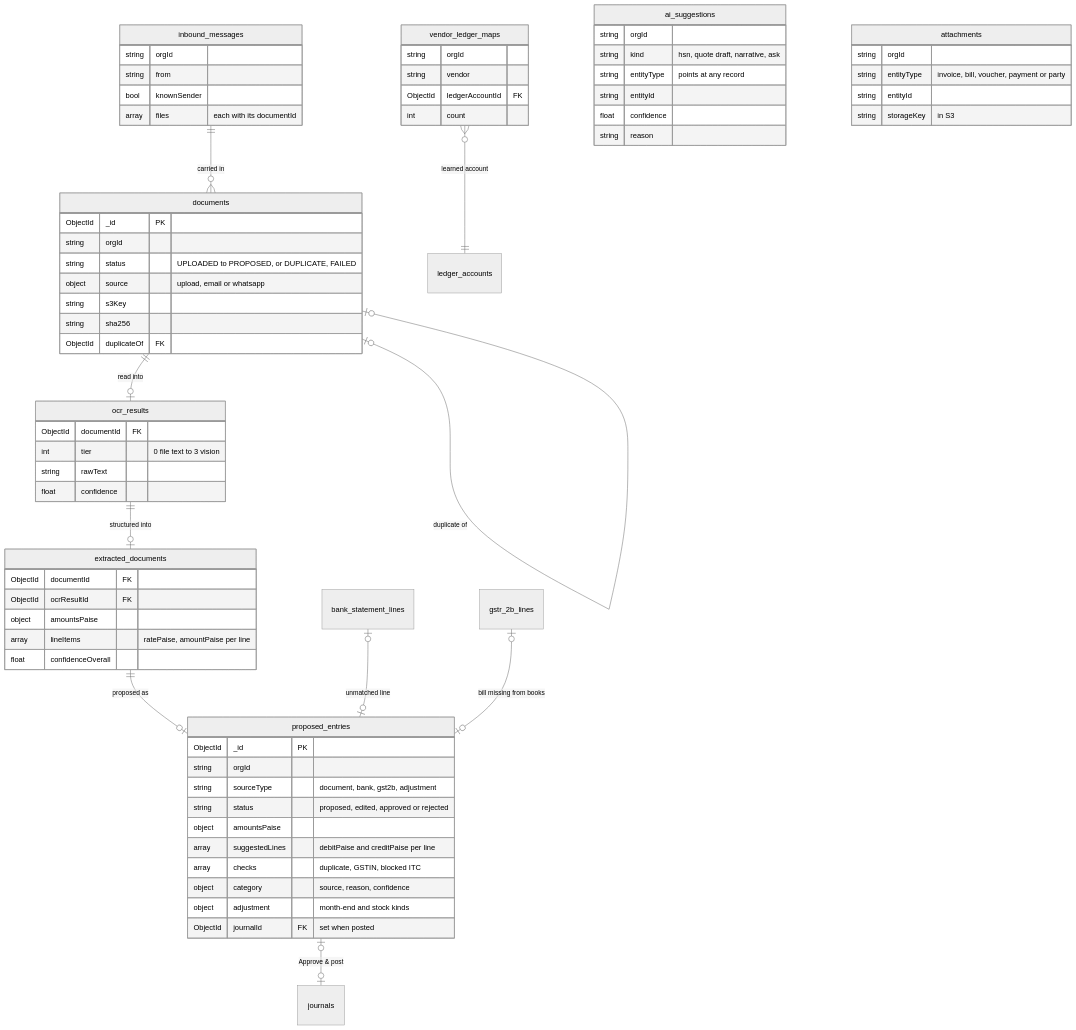
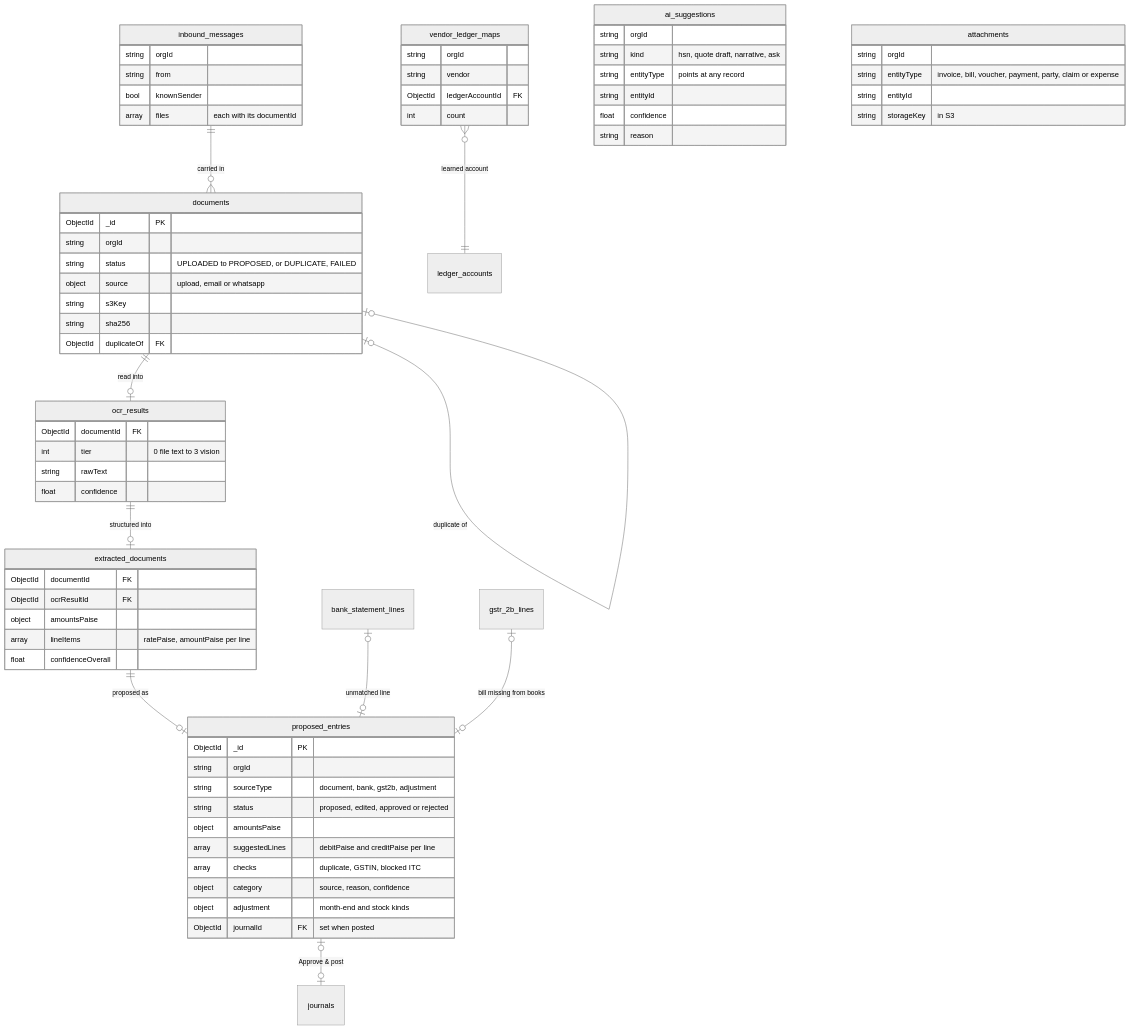
The fifth of 13 diagrams in docs/diagrams/ARCHITECTURE_DIAGRAMS.md (onewebmart/AccountingAI), drawn with Mermaid (neutral theme) before and after one commit. The commit also changed other lines of this file and 2 other files, not shown here.

First line of the commit message:
docs: the user guide, README and diagrams follow the new navigation and pages

````diff
--- a/docs/diagrams/ARCHITECTURE_DIAGRAMS.md
+++ b/docs/diagrams/ARCHITECTURE_DIAGRAMS.md
@@ -433,74 +433,74 @@
 ```mermaid
 erDiagram
   %% Invariant 4: AI output lands in proposed_entries or ai_suggestions, never in journals.
   inbound_messages ||--o{ documents : "carried in"
   documents |o--o| documents : "duplicate of"
   documents ||--o| ocr_results : "read into"
   ocr_results ||--o| extracted_documents : "structured into"
   extracted_documents ||--o| proposed_entries : "proposed as"
   bank_statement_lines |o--o| proposed_entries : "unmatched line"
   gstr_2b_lines |o--o| proposed_entries : "bill missing from books"
   proposed_entries |o--o| journals : "Approve & post"
   vendor_ledger_maps }o--|| ledger_accounts : "learned account"
 
   documents {
     ObjectId _id PK
     string orgId
     string status "UPLOADED to PROPOSED, or DUPLICATE, FAILED"
     object source "upload, email or whatsapp"
     string s3Key
     string sha256
     ObjectId duplicateOf FK
   }
   inbound_messages {
     string orgId
     string from
     bool knownSender
     array files "each with its documentId"
   }
   ocr_results {
     ObjectId documentId FK
     int tier "0 file text to 3 vision"
     string rawText
     float confidence
   }
   extracted_documents {
     ObjectId documentId FK
     ObjectId ocrResultId FK
     object amountsPaise
     array lineItems "ratePaise, amountPaise per line"
     float confidenceOverall
   }
   proposed_entries {
     ObjectId _id PK
     string orgId
     string sourceType "document, bank, gst2b, adjustment"
     string status "proposed, edited, approved or rejected"
     object amountsPaise
     array suggestedLines "debitPaise and creditPaise per line"
     array checks "duplicate, GSTIN, blocked ITC"
     object category "source, reason, confidence"
     object adjustment "month-end and stock kinds"
     ObjectId journalId FK "set when posted"
   }
   vendor_ledger_maps {
     string orgId
     string vendor
     ObjectId ledgerAccountId FK
     int count
   }
   ai_suggestions {
     string orgId
     string kind "hsn, quote draft, narrative, ask"
     string entityType "points at any record"
     string entityId
     float confidence
     string reason
   }
   attachments {
     string orgId
-    string entityType "invoice, bill, voucher, payment or party"
+    string entityType "invoice, bill, voucher, payment, party, claim or expense"
     string entityId
     string storageKey "in S3"
   }
 ```
````
